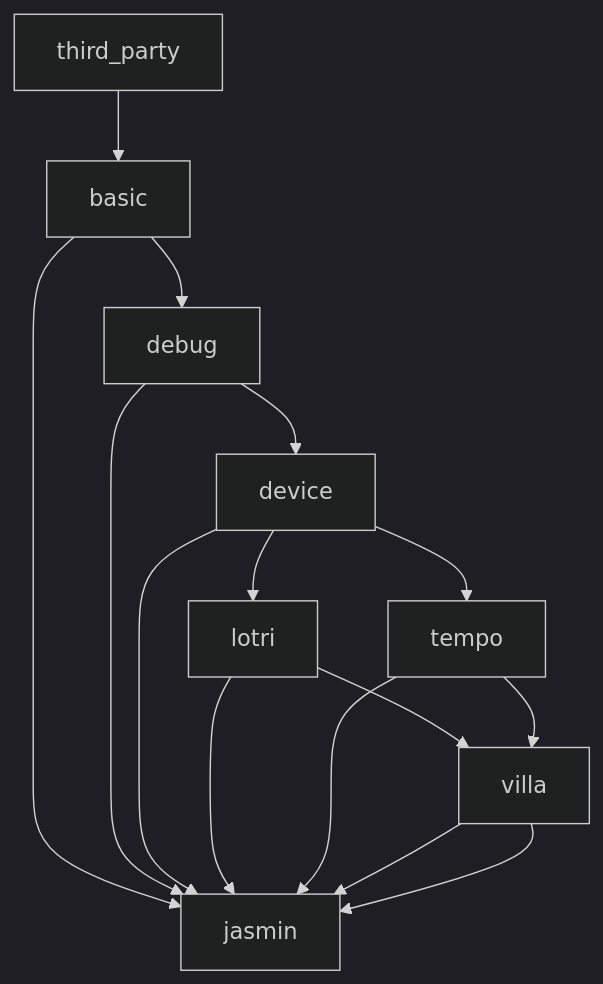
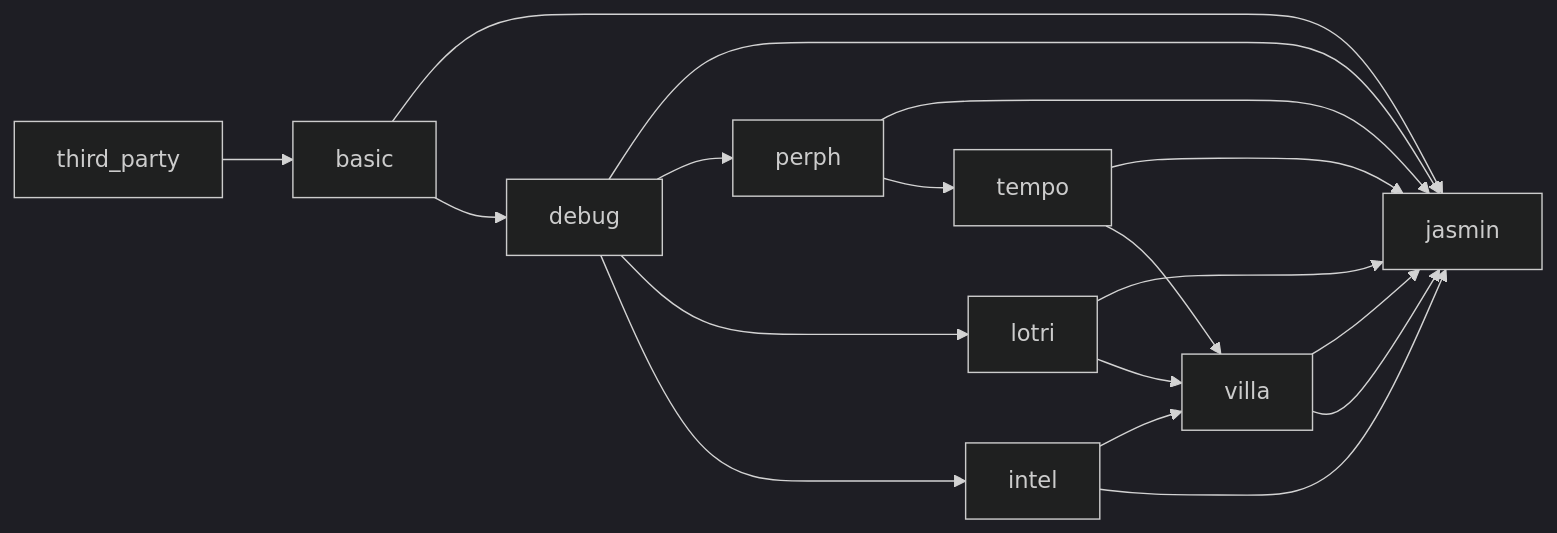
Before and after one commit to ShilianShen/Jasmin: the diagram in src/README.md, drawn with Mermaid (dark theme). The commit also changed other lines of this file and 2 other files, not shown here.

Commit message:
update jasmin

````diff
--- a/src/README.md
+++ b/src/README.md
@@ -2,10 +3,13 @@
 ```mermaid
-flowchart
+flowchart LR
     third_party --> basic --> jasmin
     basic --> debug --> jasmin
-    debug --> device --> jasmin
-    device --> lotri --> jasmin
-    device --> tempo --> jasmin
-    lotri --> villa --> jasmin
+    debug --> perph --> jasmin
+    debug --> lotri --> jasmin
+    perph --> tempo --> jasmin
+    intel --> villa --> jasmin
+    debug --> intel --> jasmin
+  
+    lotri --> villa
     tempo --> villa --> jasmin
 ```
````
